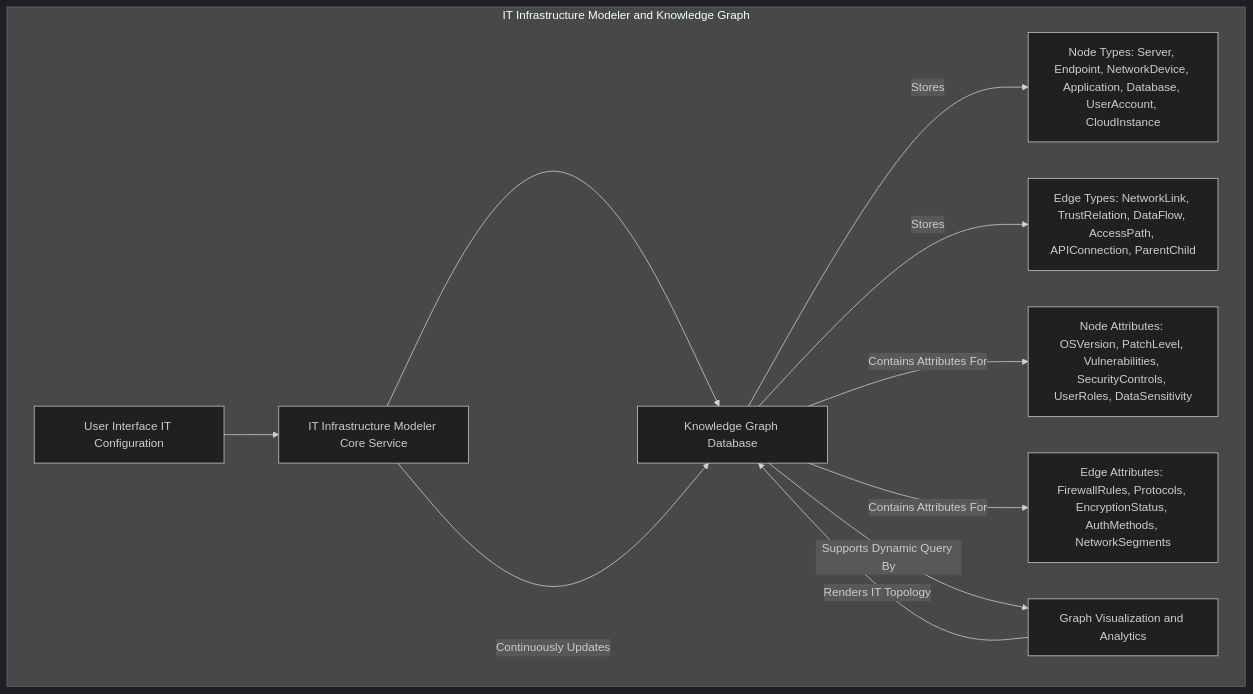
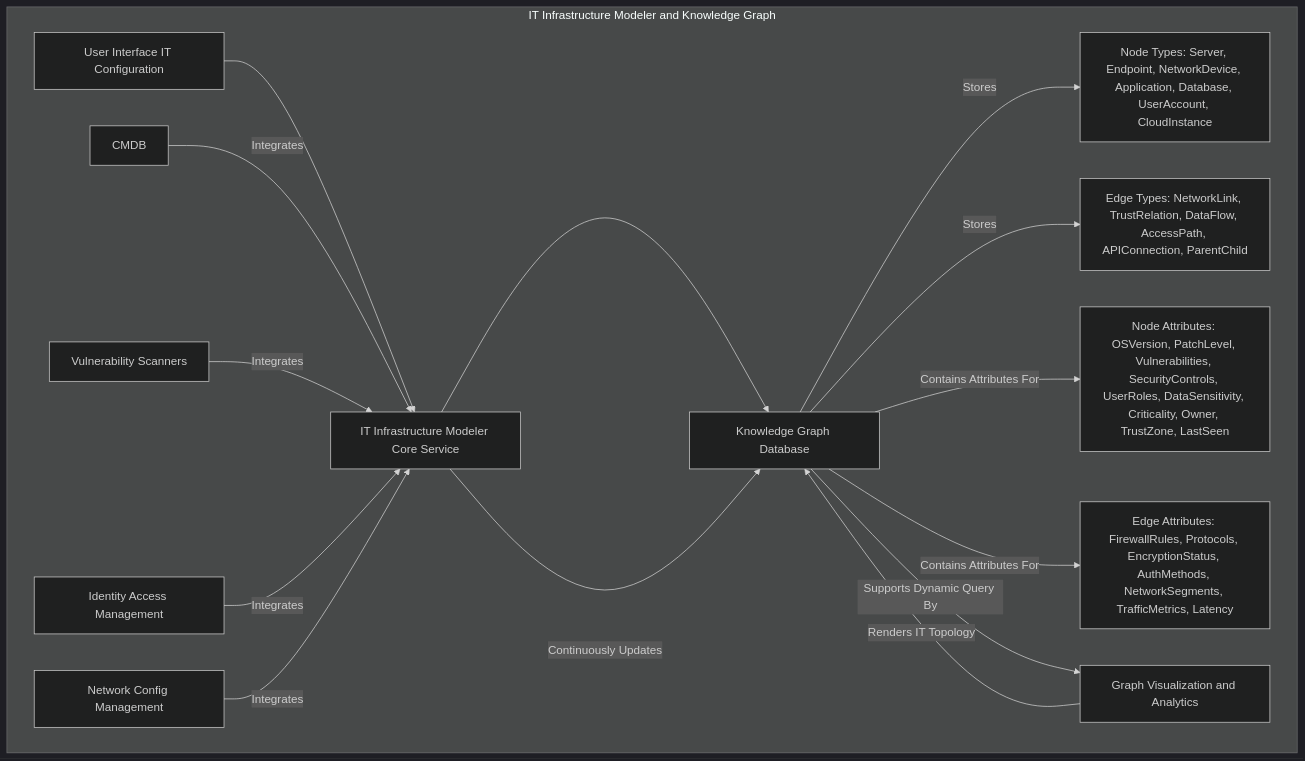
Before and after one commit to diplomat-bit/Citibank_Demo_Business_Inc_Demonstration-: the second of 10 diagrams in inventions/inventions/026_predictive_cyber_threat_intelligence.md, drawn with Mermaid (dark theme). The commit also changed other lines of this file, not shown here.

````diff
--- a/inventions/inventions/026_predictive_cyber_threat_intelligence.md
+++ b/inventions/inventions/026_predictive_cyber_threat_intelligence.md
@@ -108,14 +113,18 @@
 ```mermaid
 graph TD
     subgraph IT Infrastructure Modeler and Knowledge Graph
         UI_IT[User Interface IT Configuration] --> ITMS[IT Infrastructure Modeler Core Service]
         ITMS --> KGD[Knowledge Graph Database]
         KGD -- Stores --> NODE_TYPES[Node Types: Server, Endpoint, NetworkDevice, Application, Database, UserAccount, CloudInstance]
         KGD -- Stores --> EDGE_TYPES[Edge Types: NetworkLink, TrustRelation, DataFlow, AccessPath, APIConnection, ParentChild]
-        KGD -- Contains Attributes For --> NODE_ATTRS[Node Attributes: OSVersion, PatchLevel, Vulnerabilities, SecurityControls, UserRoles, DataSensitivity]
-        KGD -- Contains Attributes For --> EDGE_ATTRS[Edge Attributes: FirewallRules, Protocols, EncryptionStatus, AuthMethods, NetworkSegments]
+        KGD -- Contains Attributes For --> NODE_ATTRS[Node Attributes: OSVersion, PatchLevel, Vulnerabilities, SecurityControls, UserRoles, DataSensitivity, Criticality, Owner, TrustZone, LastSeen]
+        KGD -- Contains Attributes For --> EDGE_ATTRS[Edge Attributes: FirewallRules, Protocols, EncryptionStatus, AuthMethods, NetworkSegments, TrafficMetrics, Latency]
         KGD -- Supports Dynamic Query By --> GVA[Graph Visualization and Analytics]
         ITMS -- Continuously Updates --> KGD
         GVA -- Renders IT Topology --> KGD
+        CMDB[CMDB] -- Integrates --> ITMS
+        VA[Vulnerability Scanners] -- Integrates --> ITMS
+        IAM[Identity Access Management] -- Integrates --> ITMS
+        NCM[Network Config Management] -- Integrates --> ITMS
     end
 ```
````
